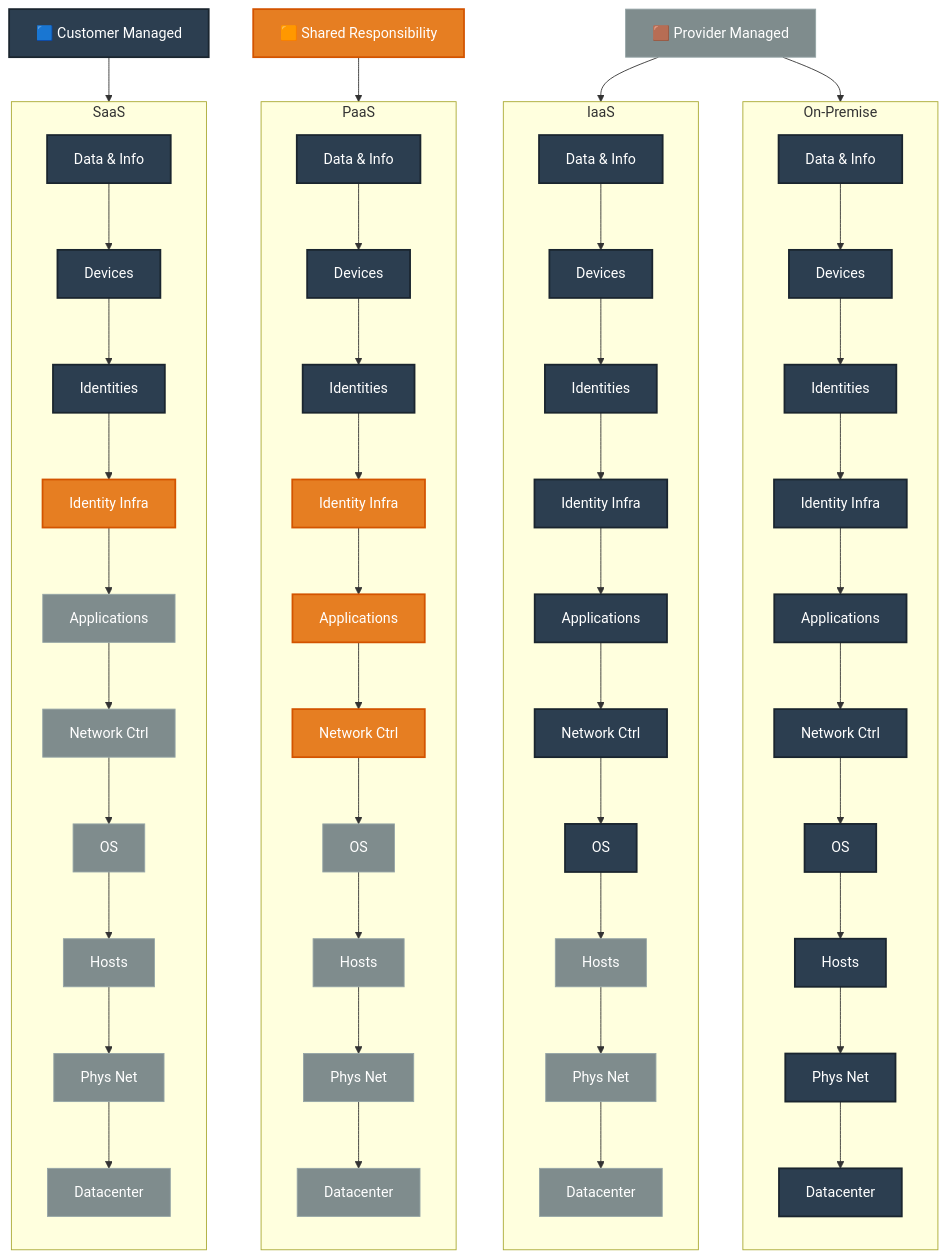
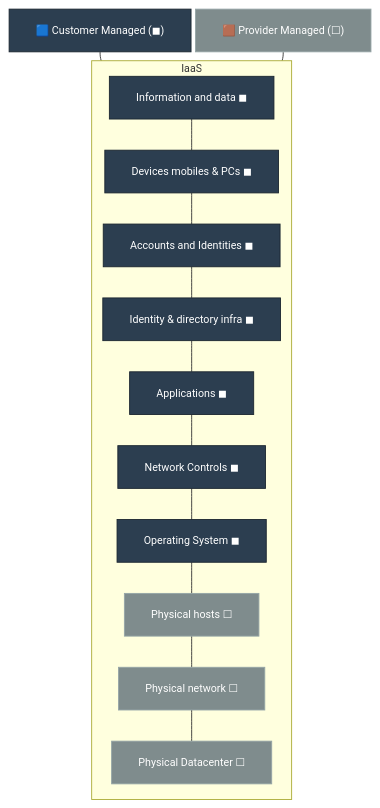
Before and after one commit to Chaitrali-tambe/az-900-Notes: the diagram in 2-Shared-responsibility-model.md, drawn with Mermaid.

Commit message:
Refactor shared responsibility model diagram

````diff
--- a/2-Shared-responsibility-model.md
+++ b/2-Shared-responsibility-model.md
@@ -5,83 +5,32 @@
 ```mermaid
-	graph TD
+	%%{init: {'flowchart': {'rankSpacing': 10, 'nodeSpacing': 5}, 'themeVariables': {'nodePadding': 4, 'fontSize': '12px'}}}%%
+graph TD
     %% Styles and Themes
-    classDef customer fill:#2c3e50,stroke:#1a252f,stroke-width:2px,color:#fff;
-    classDef shared fill:#e67e22,stroke:#d35400,stroke-width:2px,color:#fff;
+    classDef customer fill:#2c3e50,stroke:#1a252f,stroke-width:1px,color:#fff;
     classDef provider fill:#7f8c8d,stroke:#95a5a6,stroke-width:1px,color:#fff;
     classDef groupStyle fill:#f8f9fa,stroke:#bdc3c7,stroke-width:1px;
 
-    %% --- INLINE LEGEND NODES (NO SUBGRAPH) ---
-    L1["🟦 Customer Managed"]:::customer --> SaaS
-    L2["🟧 Shared Responsibility"]:::shared --> PaaS
-    L3["🟫 Provider Managed"]:::provider --> IaaS
+    %% --- INLINE LEGEND NODES ---
+    L1["🟦 Customer Managed (◼)"]:::customer --- IaaS
+    L2["🟫 Provider Managed (☐)"]:::provider --- IaaS
 
-    %% --- SAAS COLUMN ---
-    subgraph SaaS [SaaS]
+    %% --- COMPACT IAAS COLUMN ---
+    subgraph IaaS [IaaS]
         direction TB
-        S1[Data & Info]:::customer -->
-        S2[Devices]:::customer -->
-        S3[Identities]:::customer -->
-        S4[Identity Infra]:::shared -->
-        S5[Applications]:::provider -->
-        S6[Network Ctrl]:::provider -->
-        S7[OS]:::provider -->
-        S8[Hosts]:::provider -->
-        S9[Phys Net]:::provider -->
-        S10[Datacenter]:::provider
+        I1[Information and data ◼]:::customer ---
+        I2[Devices mobiles & PCs ◼]:::customer ---
+        I3[Accounts and Identities ◼]:::customer ---
+        I4[Identity & directory infra ◼]:::customer ---
+        I5[Applications ◼]:::customer ---
+        I6[Network Controls ◼]:::customer ---
+        I7[Operating System ◼]:::customer ---
+        I8[Physical hosts ☐]:::provider ---
+        I9[Physical network ☐]:::provider ---
+        I10[Physical Datacenter ☐]:::provider
     end
 
-    %% --- PAAS COLUMN ---
-    subgraph PaaS [PaaS]
-        direction TB
-        P1[Data & Info]:::customer -->
-        P2[Devices]:::customer -->
-        P3[Identities]:::customer -->
-        P4[Identity Infra]:::shared -->
-        P5[Applications]:::shared -->
-        P6[Network Ctrl]:::shared -->
-        P7[OS]:::provider -->
-        P8[Hosts]:::provider -->
-        P9[Phys Net]:::provider -->
-        P10[Datacenter]:::provider
-    end
+    %% Apply group style
+    style IaaS groupStyle
 
-    %% --- IAAS COLUMN ---
-    subgraph IaaS [IaaS]
-        direction TB
-        I1[Data & Info]:::customer -->
-        I2[Devices]:::customer -->
-        I3[Identities]:::customer -->
-        I4[Identity Infra]:::customer -->
-        I5[Applications]:::customer -->
-        I6[Network Ctrl]:::customer -->
-        I7[OS]:::customer -->
-        I8[Hosts]:::provider -->
-        I9[Phys Net]:::provider -->
-        I10[Datacenter]:::provider
-    end
-
-    %% --- ON-PREMISE COLUMN ---
-    subgraph OnPrem [On-Premise]
-        direction TB
-        O1[Data & Info]:::customer -->
-        O2[Devices]:::customer -->
-        O3[Identities]:::customer -->
-        O4[Identity Infra]:::customer -->
-        O5[Applications]:::customer -->
-        O6[Network Ctrl]:::customer -->
-        O7[OS]:::customer -->
-        O8[Hosts]:::customer -->
-        O9[Phys Net]:::customer -->
-        O10[Datacenter]:::customer
-    end
-
-    %% Additional layout alignment
-    L3 --> OnPrem
-
-    %% Apply group styles to columns
-    style SaaS groupStyle
-    style PaaS groupStyle
-    style IaaS groupStyle
-    style OnPrem groupStyle
 
 ```
````
